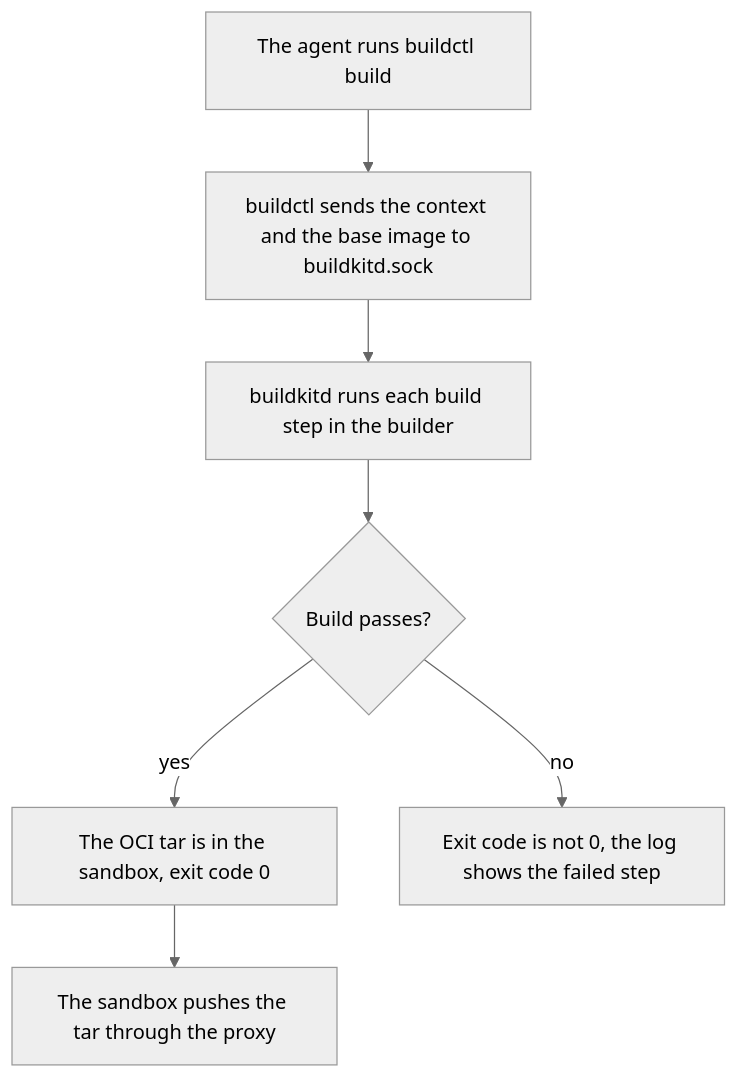
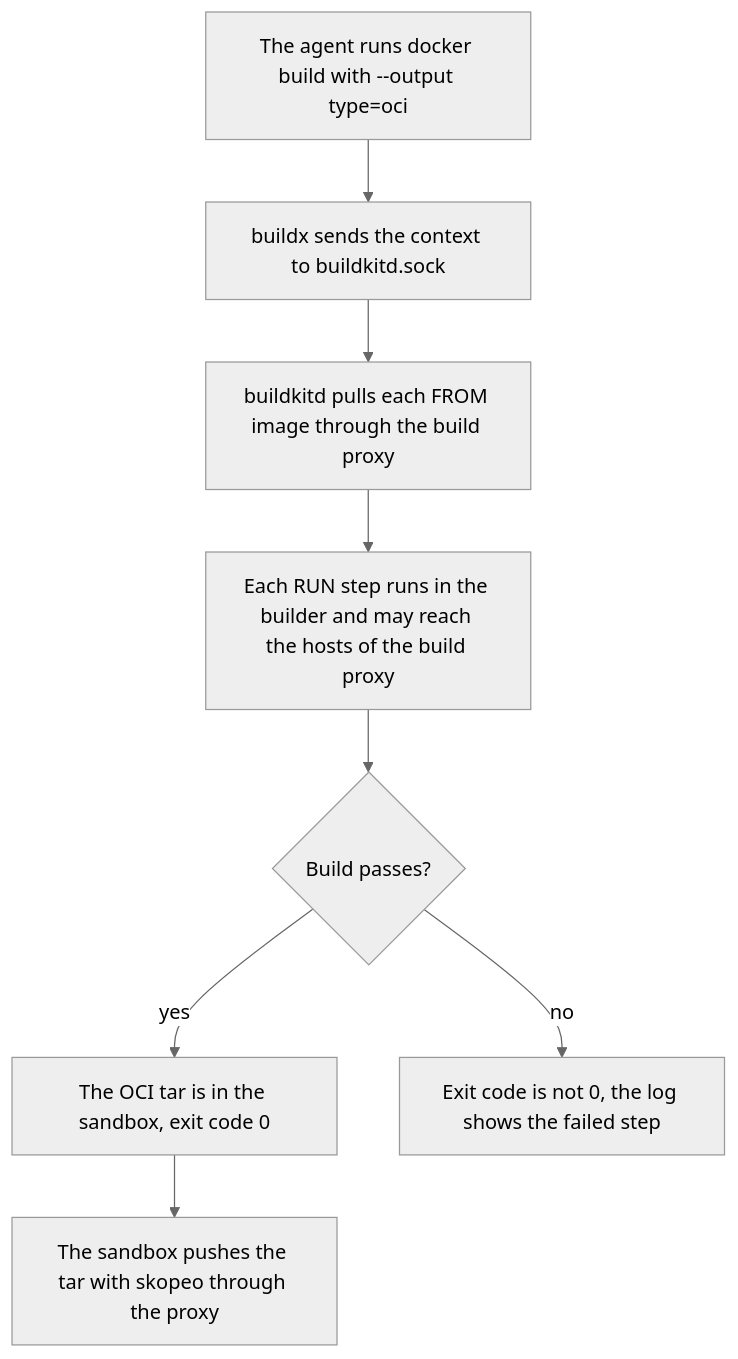
Before and after one commit to raghav19/engineersdaybook: the fourth of 4 diagrams in .sandbox/README.md, drawn with Mermaid (neutral theme). The commit also changed other lines of this file and 21 other files, not shown here.

First line of the commit message:
sandbox: build with docker and buildx through a build proxy

````diff
--- a/.sandbox/README.md
+++ b/.sandbox/README.md
@@ -166,9 +178,10 @@
 ```mermaid
 flowchart TD
-    A["The agent runs buildctl build"] --> B["buildctl sends the context and the base image to buildkitd.sock"]
-    B --> C["buildkitd runs each build step in the builder"]
-    C --> D{"Build passes?"}
-    D -->|yes| E["The OCI tar is in the sandbox, exit code 0"]
-    D -->|no| F["Exit code is not 0, the log shows the failed step"]
-    E --> G["The sandbox pushes the tar through the proxy"]
+    A["The agent runs docker build with --output type=oci"] --> B["buildx sends the context to buildkitd.sock"]
+    B --> C["buildkitd pulls each FROM image through the build proxy"]
+    C --> D["Each RUN step runs in the builder and may reach the hosts of the build proxy"]
+    D --> E{"Build passes?"}
+    E -->|yes| F["The OCI tar is in the sandbox, exit code 0"]
+    E -->|no| G["Exit code is not 0, the log shows the failed step"]
+    F --> H["The sandbox pushes the tar with skopeo through the proxy"]
 ```
````
